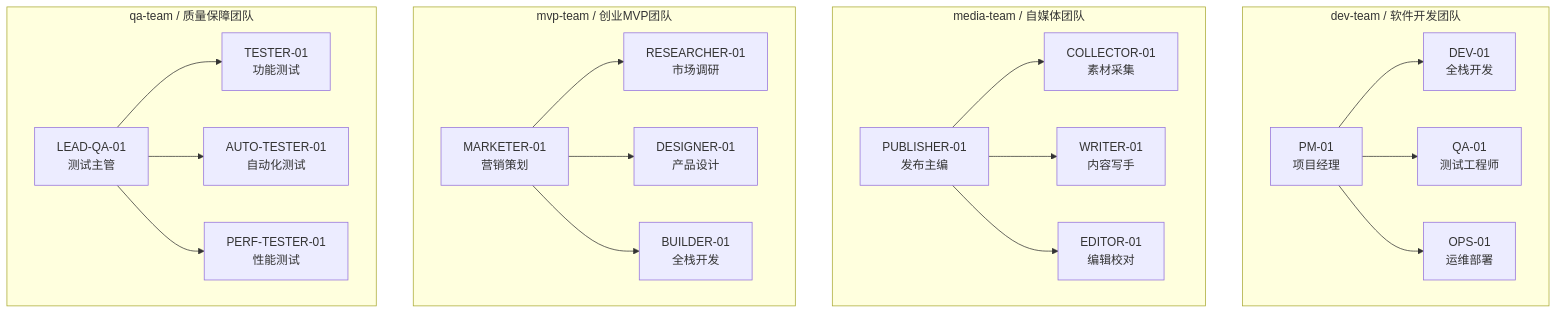
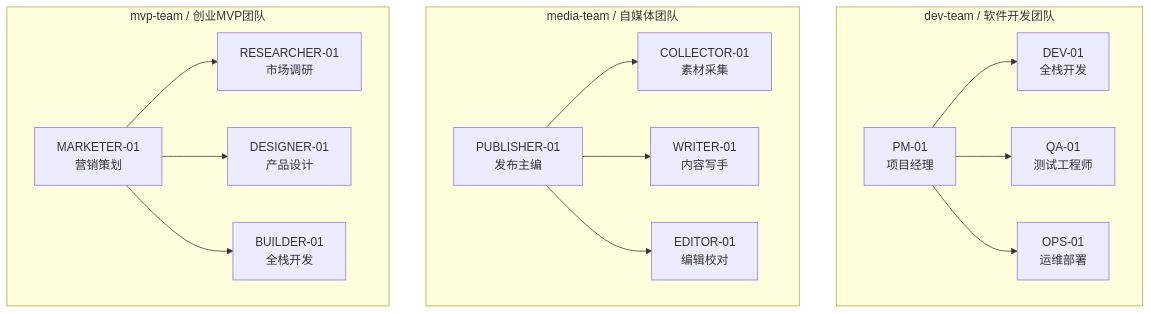
Before and after one commit to joinwell52-AI/codeflow-pwa: the second of 2 diagrams in README.md, drawn with Mermaid. The commit also changed other lines of this file, not shown here.

Commit message:
docs: fix README to 3 team templates (remove qa-team from preset list)

````diff
--- a/README.md
+++ b/README.md
@@ -92,42 +92,32 @@
 ```mermaid
 graph TB
     subgraph devTeam ["dev-team / 软件开发团队"]
         PM01_d["PM-01<br/>项目经理"]
         DEV01_d["DEV-01<br/>全栈开发"]
         QA01_d["QA-01<br/>测试工程师"]
         OPS01_d["OPS-01<br/>运维部署"]
         PM01_d --> DEV01_d
         PM01_d --> QA01_d
         PM01_d --> OPS01_d
     end
 
     subgraph mediaTeam ["media-team / 自媒体团队"]
         PUB01["PUBLISHER-01<br/>发布主编"]
         COL01["COLLECTOR-01<br/>素材采集"]
         WRI01["WRITER-01<br/>内容写手"]
         EDI01["EDITOR-01<br/>编辑校对"]
         PUB01 --> COL01
         PUB01 --> WRI01
         PUB01 --> EDI01
     end
 
     subgraph mvpTeam ["mvp-team / 创业MVP团队"]
         MKT01["MARKETER-01<br/>营销策划"]
         RES01["RESEARCHER-01<br/>市场调研"]
         DES01["DESIGNER-01<br/>产品设计"]
         BLD01["BUILDER-01<br/>全栈开发"]
         MKT01 --> RES01
         MKT01 --> DES01
         MKT01 --> BLD01
     end
-
-    subgraph qaTeam ["qa-team / 质量保障团队"]
-        LQA01["LEAD-QA-01<br/>测试主管"]
-        TST01["TESTER-01<br/>功能测试"]
-        ATT01["AUTO-TESTER-01<br/>自动化测试"]
-        PFT01["PERF-TESTER-01<br/>性能测试"]
-        LQA01 --> TST01
-        LQA01 --> ATT01
-        LQA01 --> PFT01
-    end
 ```
````
